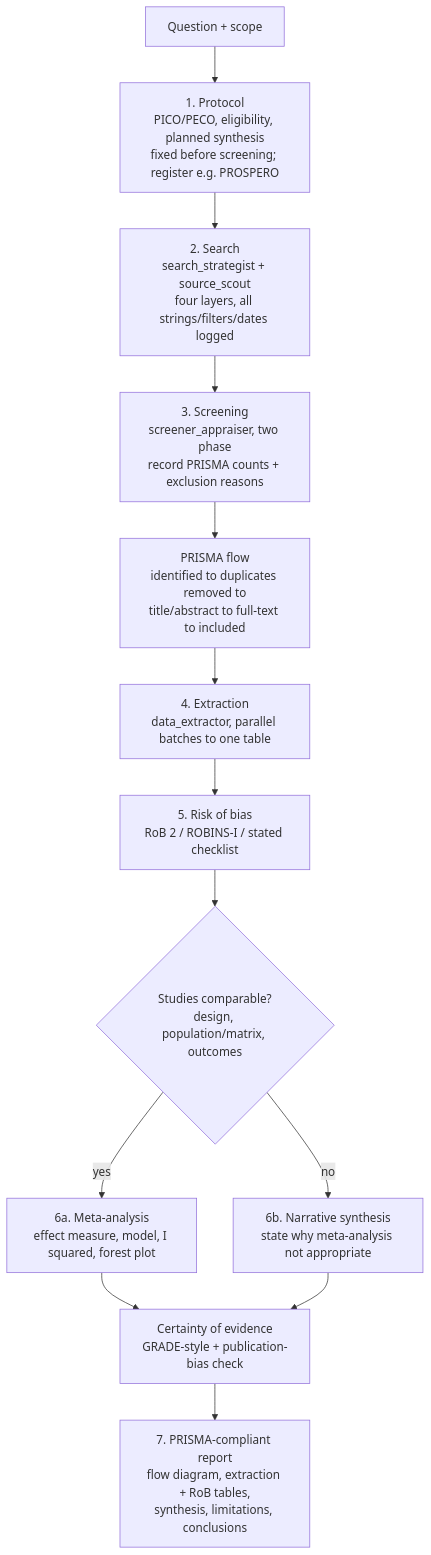
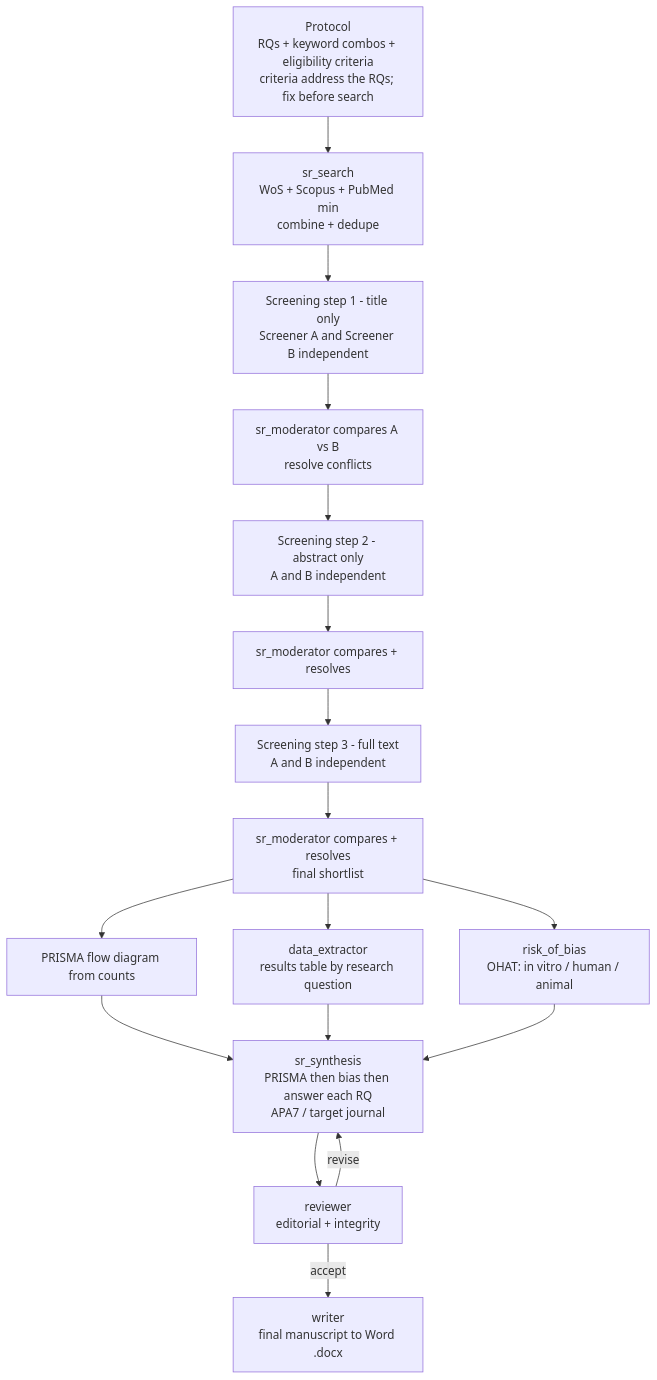
The diagram in food-research/agents/systematic_reviewer.md (yaoxkkkkk/academic-skills-food-nutrition), drawn with Mermaid before and after one commit. The commit also changed other lines of this file and 13 other files, not shown here.

Commit message:
food-research systematic review: full PRISMA pipeline (sr_search 3+ DBs, dual 3-step sr_screener + sr_moderator, OHAT risk_of_bias, sr_synthesis) + shared writer/reviewer with Word .docx output for full+systematic; clearer systematic activation (v1.5.0)

````diff
--- a/food-research/agents/systematic_reviewer.md
+++ b/food-research/agents/systematic_reviewer.md
@@ -27,15 +36,19 @@
 ```mermaid
 flowchart TD
-    A[Question + scope] --> B[1. Protocol<br/>PICO/PECO, eligibility, planned synthesis<br/>fixed before screening; register e.g. PROSPERO]
-    B --> C[2. Search<br/>search_strategist + source_scout<br/>four layers, all strings/filters/dates logged]
-    C --> D[3. Screening<br/>screener_appraiser, two phase<br/>record PRISMA counts + exclusion reasons]
-    D --> E[PRISMA flow<br/>identified to duplicates removed to<br/>title/abstract to full-text to included]
-    E --> F[4. Extraction<br/>data_extractor, parallel batches to one table]
-    F --> G[5. Risk of bias<br/>RoB 2 / ROBINS-I / stated checklist]
-    G --> H{Studies comparable?<br/>design, population/matrix, outcomes}
-    H -- yes --> I[6a. Meta-analysis<br/>effect measure, model, I squared, forest plot]
-    H -- no --> J[6b. Narrative synthesis<br/>state why meta-analysis not appropriate]
-    I --> K[Certainty of evidence<br/>GRADE-style + publication-bias check]
-    J --> K
-    K --> L[7. PRISMA-compliant report<br/>flow diagram, extraction + RoB tables,<br/>synthesis, limitations, conclusions]
+    A[Protocol<br/>RQs + keyword combos + eligibility criteria<br/>criteria address the RQs; fix before search] --> B[sr_search<br/>WoS + Scopus + PubMed min<br/>combine + dedupe]
+    B --> C[Screening step 1 - title only<br/>Screener A and Screener B independent]
+    C --> Cm[sr_moderator compares A vs B<br/>resolve conflicts]
+    Cm --> D[Screening step 2 - abstract only<br/>A and B independent]
+    D --> Dm[sr_moderator compares + resolves]
+    Dm --> E[Screening step 3 - full text<br/>A and B independent]
+    E --> Em[sr_moderator compares + resolves<br/>final shortlist]
+    Em --> P[PRISMA flow diagram from counts]
+    Em --> F[data_extractor<br/>results table by research question]
+    Em --> G[risk_of_bias<br/>OHAT: in vitro / human / animal]
+    P --> H[sr_synthesis<br/>PRISMA then bias then answer each RQ<br/>APA7 / target journal]
+    F --> H
+    G --> H
+    H --> R[reviewer<br/>editorial + integrity]
+    R -- revise --> H
+    R -- accept --> W[writer<br/>final manuscript to Word .docx]
 ```
````
